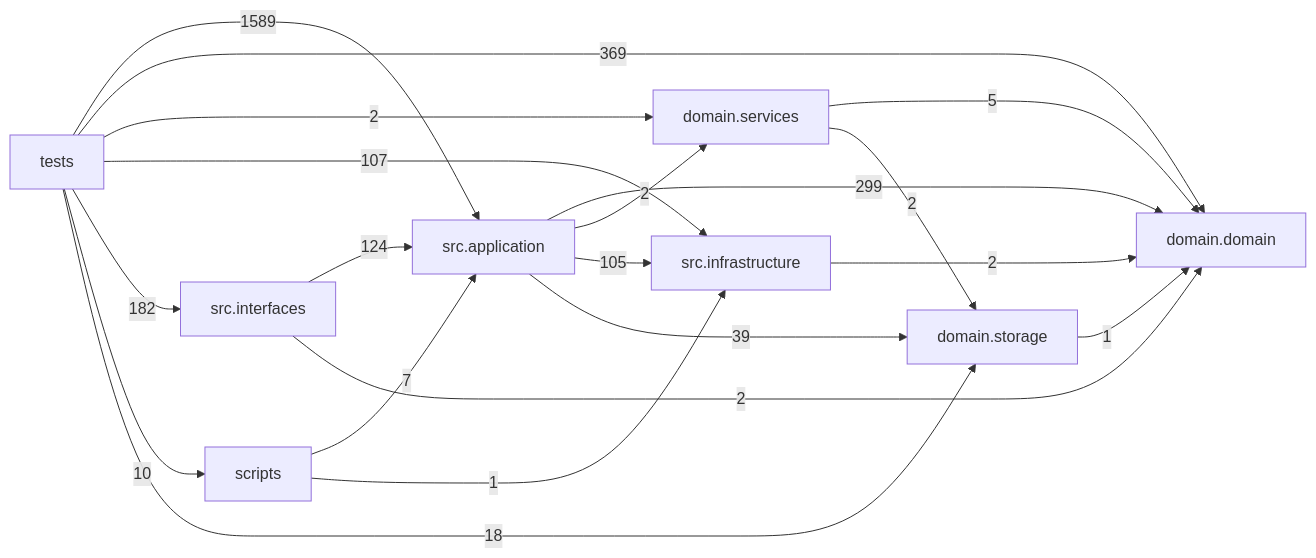
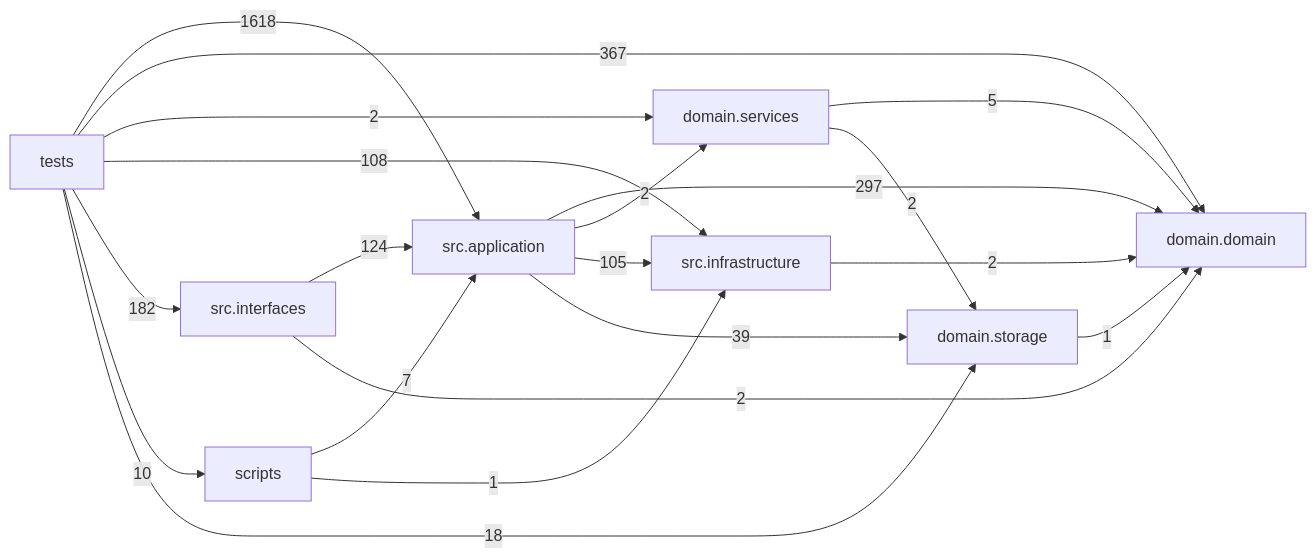
Before and after one commit to liuxie066/options-monitor: the diagram in docs/DEPENDENCY_GRAPH.md, drawn with Mermaid. The commit also changed other lines of this file and 8 other files, not shown here.

````diff
--- a/docs/DEPENDENCY_GRAPH.md
+++ b/docs/DEPENDENCY_GRAPH.md
@@ -24,30 +24,30 @@
 ```mermaid
 flowchart LR
   tests["tests"]
   scripts["scripts"]
   interfaces["src.interfaces"]
   application["src.application"]
   infrastructure["src.infrastructure"]
   domain_services["domain.services"]
   domain["domain.domain"]
   storage["domain.storage"]
-  application -->|299| domain
+  application -->|297| domain
   application -->|2| domain_services
   application -->|105| infrastructure
   application -->|39| storage
   domain_services -->|5| domain
   domain_services -->|2| storage
   infrastructure -->|2| domain
   interfaces -->|124| application
   interfaces -->|2| domain
   scripts -->|7| application
   scripts -->|1| infrastructure
   storage -->|1| domain
-  tests -->|1589| application
-  tests -->|369| domain
+  tests -->|1618| application
+  tests -->|367| domain
   tests -->|2| domain_services
-  tests -->|107| infrastructure
+  tests -->|108| infrastructure
   tests -->|182| interfaces
   tests -->|10| scripts
   tests -->|18| storage
 ```
````
